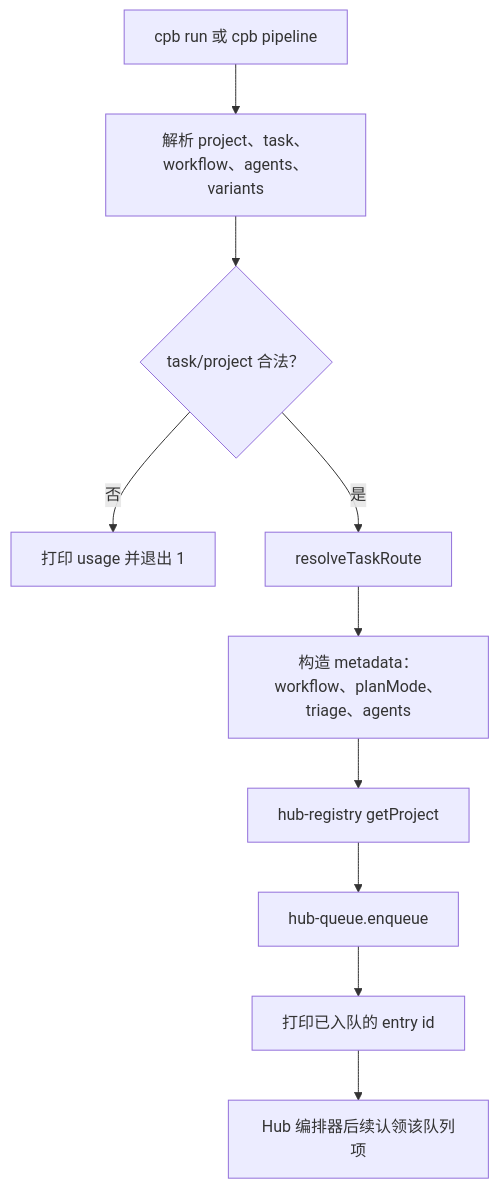
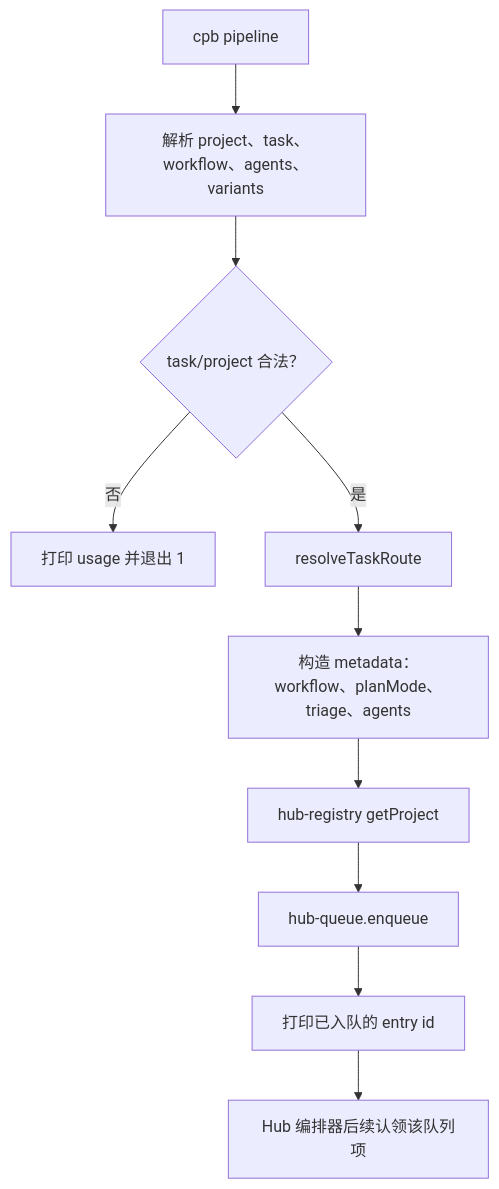
One commit to changw98ic/codepatchbay changed the fourth of 21 diagrams in docs/architecture/unit-flowcharts.md. Above: the diagram before and after it, drawn with Mermaid. The commit also changed other lines of this file and 169 other files, not shown here.

````diff
--- a/docs/architecture/unit-flowcharts.md
+++ b/docs/architecture/unit-flowcharts.md
@@ -143,12 +143,12 @@
 ```mermaid
 flowchart TD
-  A["cpb run 或 cpb pipeline"] --> B["解析 project、task、workflow、agents、variants"]
+  A["cpb pipeline"] --> B["解析 project、task、workflow、agents、variants"]
   B --> C{"task/project 合法？"}
   C -->|"否"| D["打印 usage 并退出 1"]
   C -->|"是"| E["resolveTaskRoute"]
   E --> F["构造 metadata：workflow、planMode、triage、agents"]
   F --> G["hub-registry getProject"]
   G --> H["hub-queue.enqueue"]
   H --> I["打印已入队的 entry id"]
   I --> J["Hub 编排器后续认领该队列项"]
 ```
````
